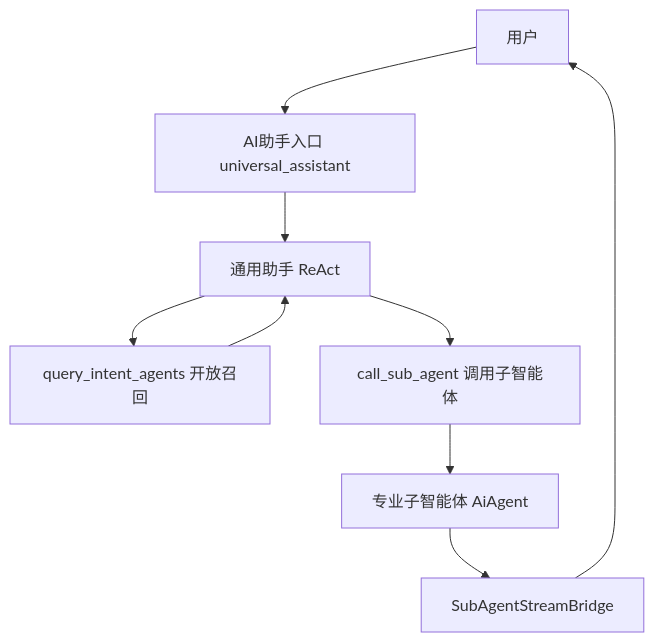
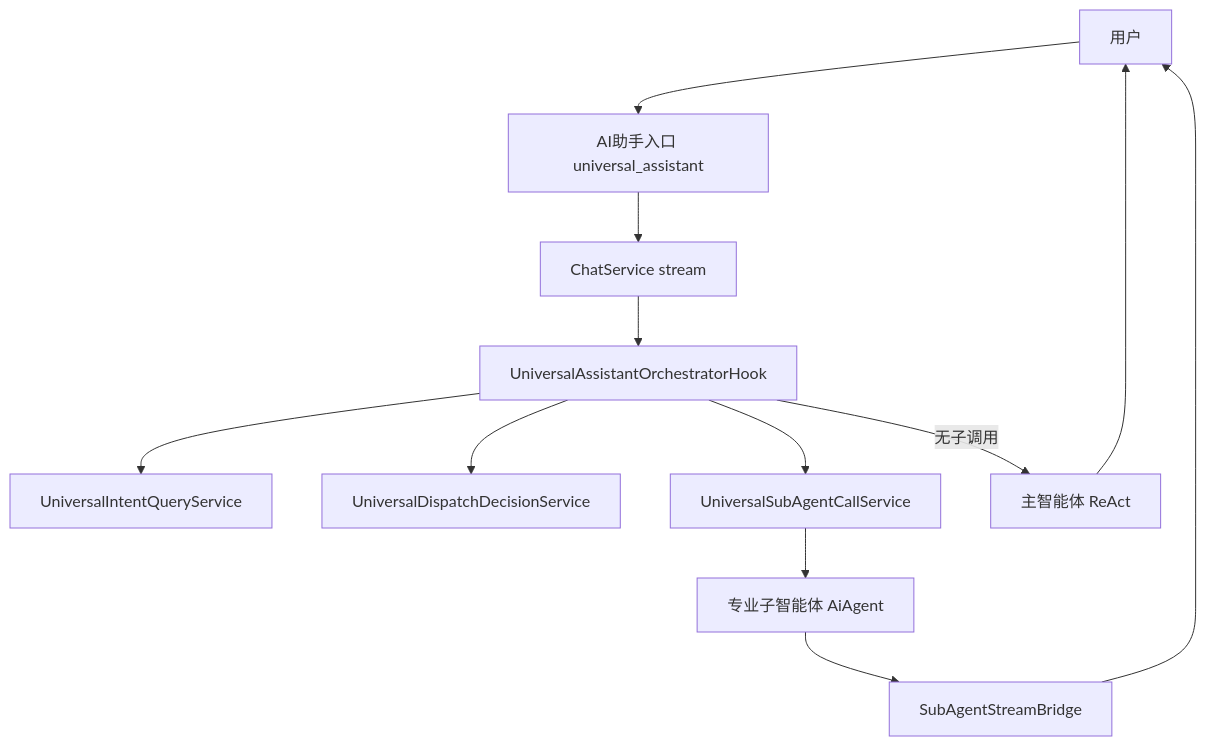
Before and after one commit to j2agent-ai/j2agent-docs: the first of 3 diagrams in 平台/通用助手/README.md, drawn with Mermaid. The commit also changed other lines of this file and 7 other files, not shown here.

First line of the commit message:
feat(universal): 实现通用助手被动意图召回与子智能体编排调度

````diff
--- a/平台/通用助手/README.md
+++ b/平台/通用助手/README.md
@@ -19,11 +19,14 @@
 ```mermaid
 flowchart TB
   User[用户] --> Hub[AI助手入口 universal_assistant]
-  Hub --> ReAct[通用助手 ReAct]
-  ReAct --> Intent[query_intent_agents 开放召回]
-  ReAct --> Call[call_sub_agent 调用子智能体]
-  Intent --> ReAct
+  Hub --> CS[ChatService stream]
+  CS --> Hook[UniversalAssistantOrchestratorHook]
+  Hook --> Recall[UniversalIntentQueryService]
+  Hook --> Decide[UniversalDispatchDecisionService]
+  Hook --> Call[UniversalSubAgentCallService]
   Call --> SubAgent[专业子智能体 AiAgent]
   SubAgent --> Bridge[SubAgentStreamBridge]
   Bridge --> User
+  Hook -->|无子调用| ReAct[主智能体 ReAct]
+  ReAct --> User
 ```
````
